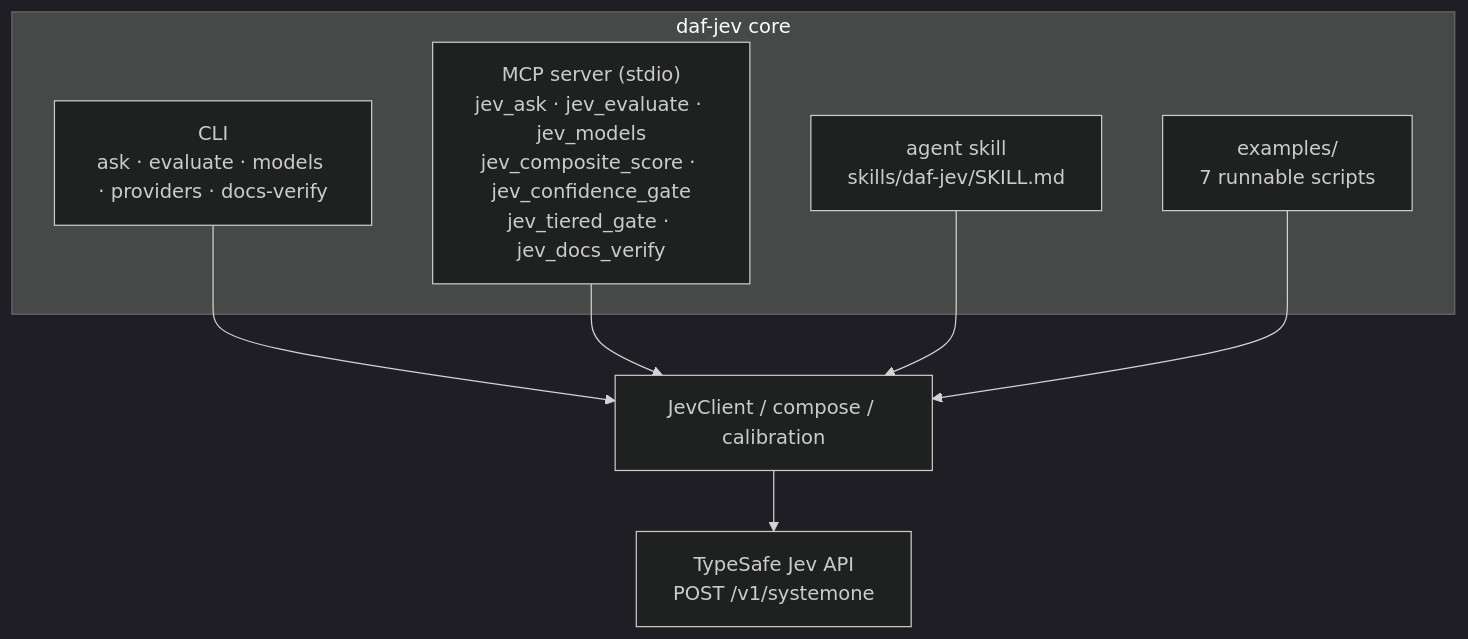
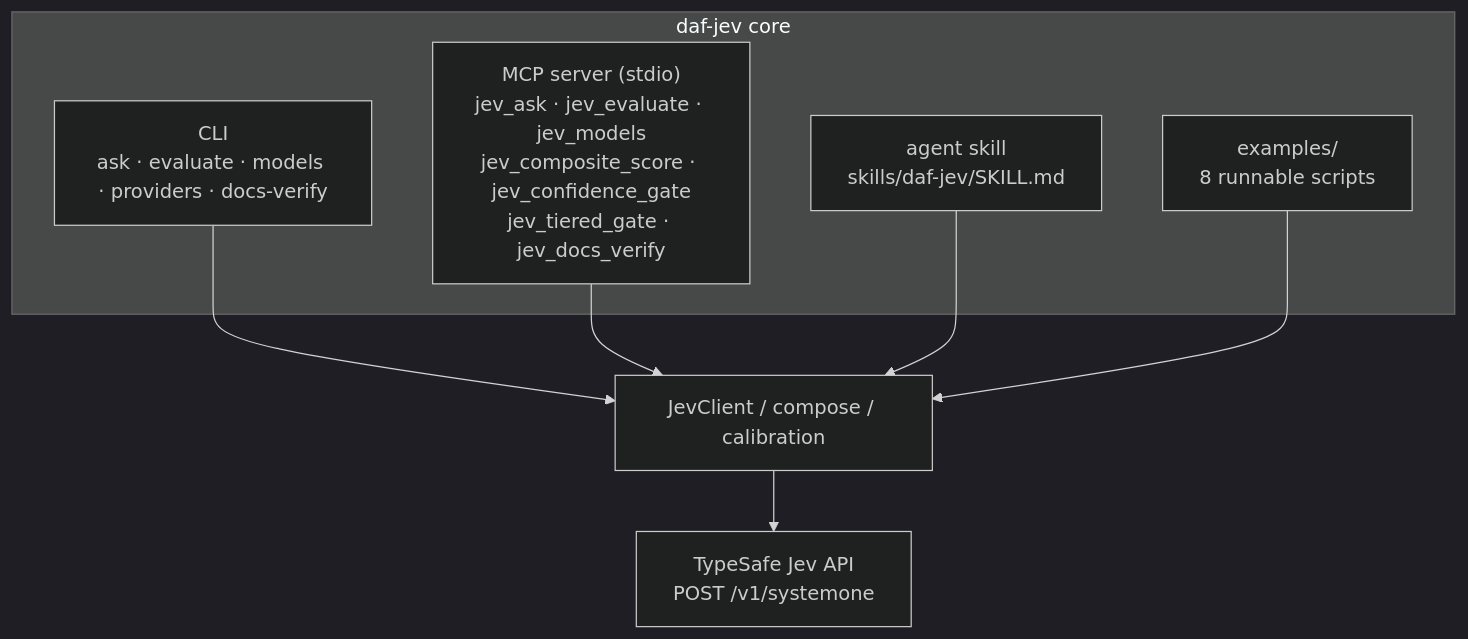
Before and after one commit to docxology/daf-jev: the third of 3 diagrams in README.md, drawn with Mermaid (dark theme). The commit also changed other lines of this file and 30 other files, not shown here.

````diff
--- a/README.md
+++ b/README.md
@@ -324,14 +417,14 @@
 ```mermaid
 flowchart TB
     subgraph CORE["daf-jev core"]
         CLI["CLI<br/>ask · evaluate · models · providers · docs-verify"]
         MCP["MCP server (stdio)<br/>jev_ask · jev_evaluate · jev_models<br/>jev_composite_score · jev_confidence_gate<br/>jev_tiered_gate · jev_docs_verify"]
         SKILL["agent skill<br/>skills/daf-jev/SKILL.md"]
-        EX["examples/<br/>7 runnable scripts"]
+        EX["examples/<br/>8 runnable scripts"]
     end
     CLI --> K["JevClient / compose / calibration"]
     MCP --> K
     SKILL --> K
     EX --> K
     K --> API["TypeSafe Jev API<br/>POST /v1/systemone"]
 ```
````
